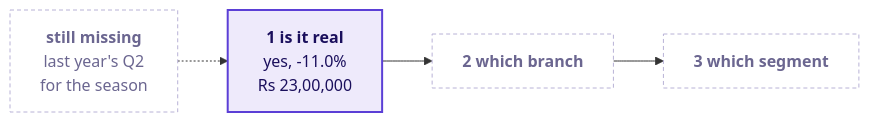
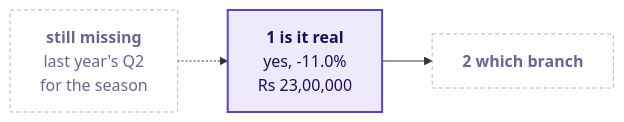
The tenth of 26 diagrams in content/W01/D2/slides/C2_W01_D02_half1_STUDENT.md (fde-academy-lab/c2-content-factory), drawn with Mermaid before and after one commit. The commit also changed other lines of this file and 11 other files, not shown here.

````diff
--- a/content/W01/D2/slides/C2_W01_D02_half1_STUDENT.md
+++ b/content/W01/D2/slides/C2_W01_D02_half1_STUDENT.md
@@ -382,10 +373,9 @@
 ```mermaid
 flowchart LR
     R1["<b>1 is it real</b><br/>yes, -11.0%<br/>Rs 23,00,000"] --> R2["<b>2 which branch</b>"]
-    R2 --> R3["<b>3 which segment</b>"]
     X["<b>still missing</b><br/>last year's Q2<br/>for the season"] -.-> R1
     classDef known fill:#EEEAFB,stroke:#5B3FD6,color:#1A0F5C,stroke-width:2px
     classDef unknown fill:#FFFFFF,stroke:#B8B2D6,color:#6B6690,stroke-dasharray:4 3
     class R1 known
-    class R2,R3,X unknown
+    class R2,X unknown
 ```
````
